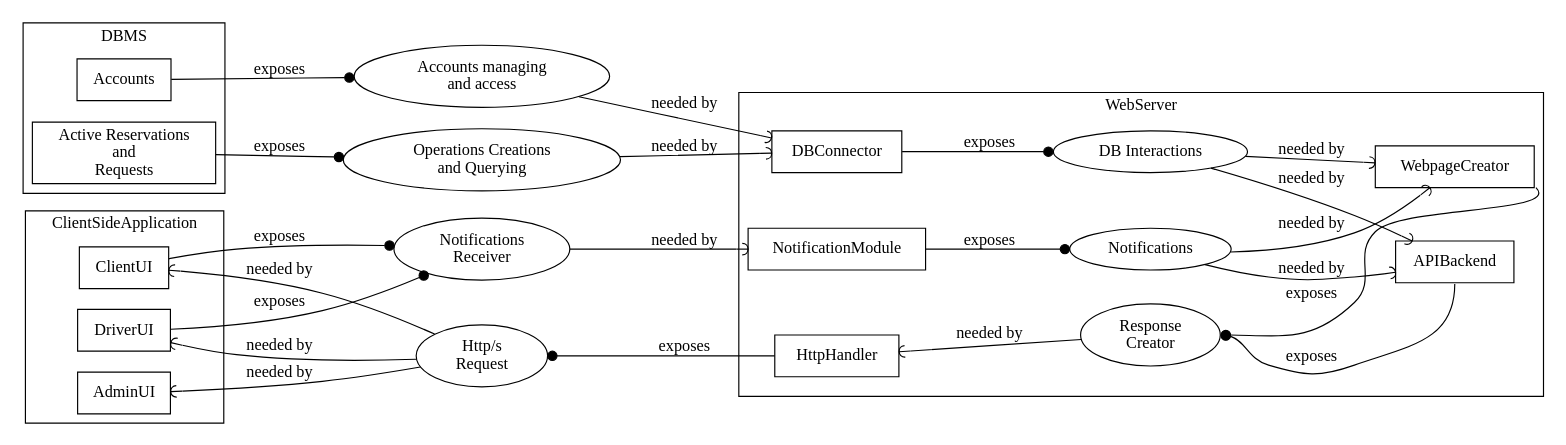
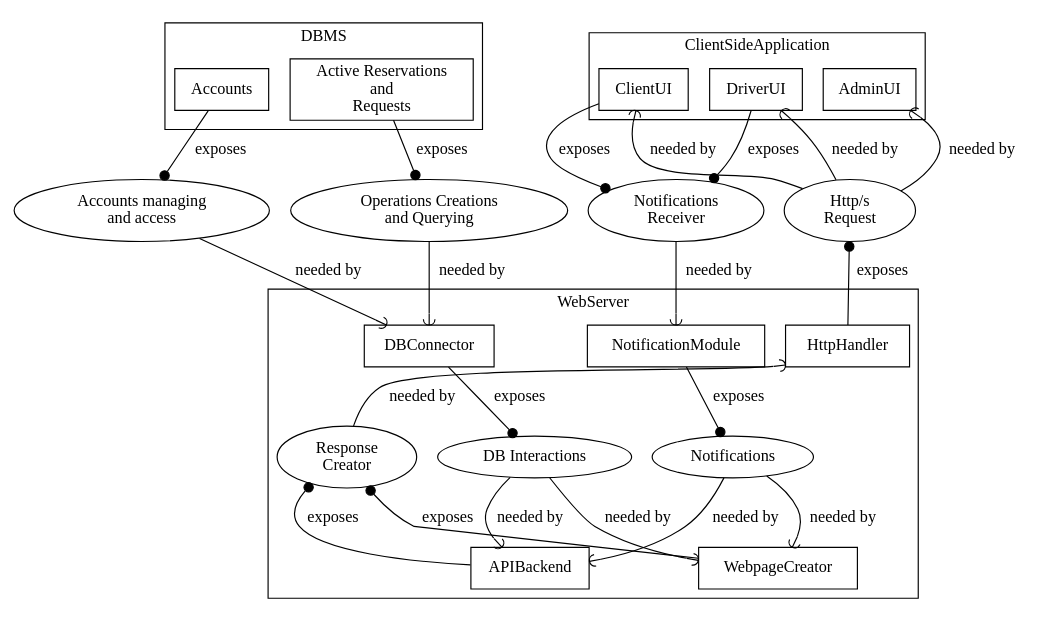
The diagram in DesignDocument/graphviz/Component.dot (RobClap/SE2_Stella_Clapis_Project), drawn with Graphviz before and after one commit. The commit also changed 6 other files, not shown here.

```diff
--- a/DesignDocument/graphviz/Component.dot
+++ b/DesignDocument/graphviz/Component.dot
@@ -1,55 +1,55 @@
 digraph Components{
-	rankdir=LR
+//	rankdir=LR
 //	forcelabels=true
 //	concentrate=true
 	node[shape=rect]
 	subgraph clusterDBMS{
 		label="DBMS"
 		node[shape=rect]
 		Accounts
 		ActiveOperations[label="Active Reservations\nand\nRequests"]
 	}
 	subgraph clusterWebserver{
 		label="WebServer"
 		node[shape=rect]
 		APIBackend,WebpageCreator,DBConnector,NotificationModule, HttpHandler
 		ResponseCreator[shape=ellipse label="Response\nCreator"]
 		ResponseCreator -> HttpHandler[arrowhead=curve label="needed by" constraint=false]	
-		//{APIBackend WebpageCreator}-> ResponseCreator [label="exposes" arrowhead=dot constraint=false]
-		APIBackend:s -> ResponseCreator:e [label="exposes" arrowhead=dot constraint=false]
-		WebpageCreator:se -> ResponseCreator:e [label="exposes" arrowhead=dot constraint=false]
+		{APIBackend WebpageCreator}-> ResponseCreator [label="exposes" arrowhead=dot constraint=false]
+		//APIBackend:s -> ResponseCreator:e [label="exposes" arrowhead=dot constraint=false]
+		//WebpageCreator:se -> ResponseCreator:e [label="exposes" arrowhead=dot constraint=false]
 
 		DbInteractions[shape=ellipse label="DB Interactions"]
 		DBConnector->DbInteractions[label="exposes" arrowhead=dot]
 		DbInteractions -> {APIBackend WebpageCreator}[arrowhead=curve label="needed by"]	
 		
 		notif[shape=ellipse label="Notifications"]
 		NotificationModule->notif[label="exposes" arrowhead=dot]
 		notif -> {APIBackend WebpageCreator}[arrowhead=curve label="needed by"]	
 		
 		
 
 		{rank=same ResponseCreator notif}
 		{rank=same DBConnector HttpHandler}
 	}
 	subgraph clusterClientApp{
 		label="ClientSideApplication"
 		node[shape=rect]
 		ClientUI,DriverUI,AdminUI
 	}
 	AccountsManaging[shape=ellipse label="Accounts managing\n and access"]
 	Accounts->AccountsManaging[label="exposes" arrowhead=dot]
 	AccountsManaging->DBConnector[label="needed by" arrowhead=curve]
 	
 	Operations[shape=ellipse label="Operations Creations\n and Querying"]
 	ActiveOperations -> Operations[label="exposes" arrowhead=dot]
 	Operations->DBConnector[label="needed by" arrowhead=curve]
 	
 	notifReceiver[shape=ellipse label="Notifications\n Receiver"]
 	{ClientUI DriverUI}-> notifReceiver[label="exposes" arrowhead=dot]
 	notifReceiver->NotificationModule[label="needed by" arrowhead=curve]
 	
 	HttpRequest[shape=ellipse label="Http/s \n Request"]
 	{ClientUI DriverUI AdminUI}-> HttpRequest[label="needed by" dir=both arrowhead=none arrowtail=curve]
 	HttpRequest->HttpHandler[label="exposes" dir=both arrowhead=none arrowtail=dot]
 }
```
